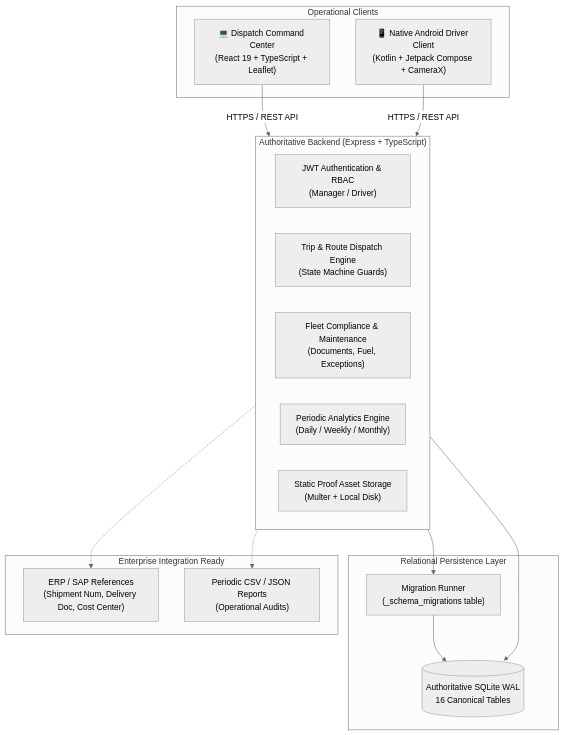
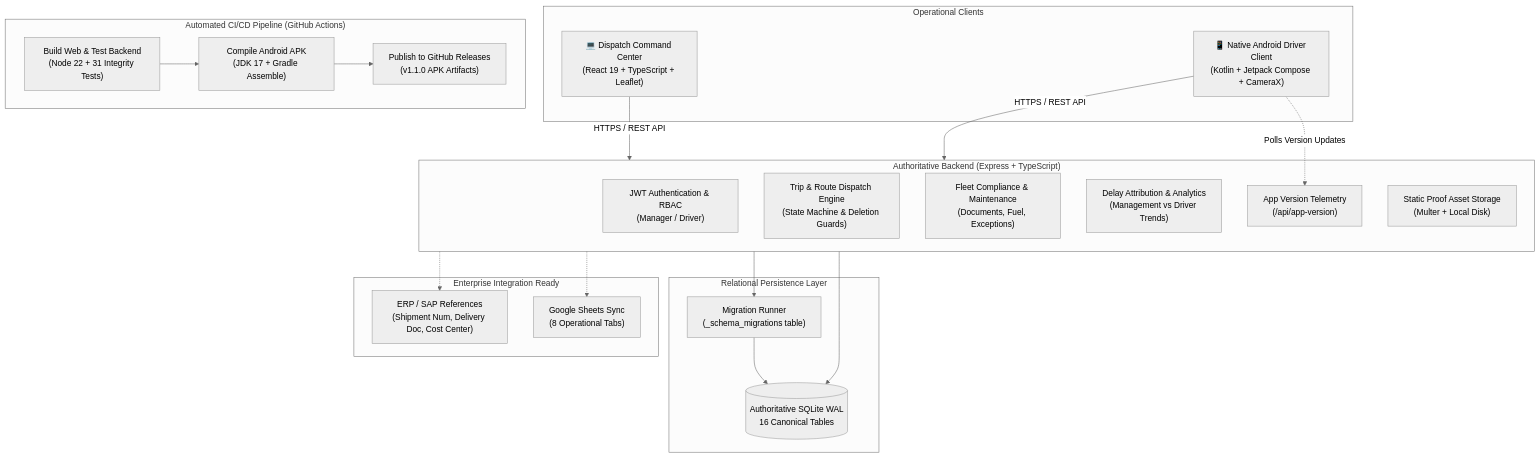
One commit to Nixxzzzzz/truck_tracker changed the first of 2 diagrams in README.md. Above: the diagram before and after it, drawn with Mermaid (neutral theme). The commit also changed other lines of this file and 18 other files, not shown here.

````diff
--- a/README.md
+++ b/README.md
@@ -31,33 +118,42 @@
 ```mermaid
 graph TD
     subgraph Clients["Operational Clients"]
         Web["💻 Dispatch Command Center<br/>(React 19 + TypeScript + Leaflet)"]
         Mobile["📱 Native Android Driver Client<br/>(Kotlin + Jetpack Compose + CameraX)"]
     end
 
+    subgraph CI["Automated CI/CD Pipeline (GitHub Actions)"]
+        Verify["Build Web & Test Backend<br/>(Node 22 + 31 Integrity Tests)"]
+        APKBuild["Compile Android APK<br/>(JDK 17 + Gradle Assemble)"]
+        ReleaseDeploy["Publish to GitHub Releases<br/>(v1.1.0 APK Artifacts)"]
+        Verify --> APKBuild --> ReleaseDeploy
+    end
+
     subgraph API["Authoritative Backend (Express + TypeScript)"]
         Auth["JWT Authentication & RBAC<br/>(Manager / Driver)"]
-        Dispatch["Trip & Route Dispatch Engine<br/>(State Machine Guards)"]
+        Dispatch["Trip & Route Dispatch Engine<br/>(State Machine & Deletion Guards)"]
         Fleet["Fleet Compliance & Maintenance<br/>(Documents, Fuel, Exceptions)"]
-        Reports["Periodic Analytics Engine<br/>(Daily / Weekly / Monthly)"]
+        Reports["Delay Attribution & Analytics<br/>(Management vs Driver Trends)"]
+        VersionCheck["App Version Telemetry<br/>(/api/app-version)"]
         Uploads["Static Proof Asset Storage<br/>(Multer + Local Disk)"]
     end
 
     subgraph DB["Relational Persistence Layer"]
         Migrations["Migration Runner<br/>(_schema_migrations table)"]
         SQLite[("Authoritative SQLite WAL<br/>16 Canonical Tables")]
     end
 
     subgraph External["Enterprise Integration Ready"]
         ERP["ERP / SAP References<br/>(Shipment Num, Delivery Doc, Cost Center)"]
-        Exports["Periodic CSV / JSON Reports<br/>(Operational Audits)"]
+        Sheets["Google Sheets Sync<br/>(8 Operational Tabs)"]
     end
 
     Web -->|HTTPS / REST API| API
     Mobile -->|HTTPS / REST API| API
+    Mobile -.->|Polls Version Updates| VersionCheck
     API --> Migrations
     Migrations --> SQLite
     API --> SQLite
     API -.-> ERP
-    API -.-> Exports
+    API -.-> Sheets
 ```
````
